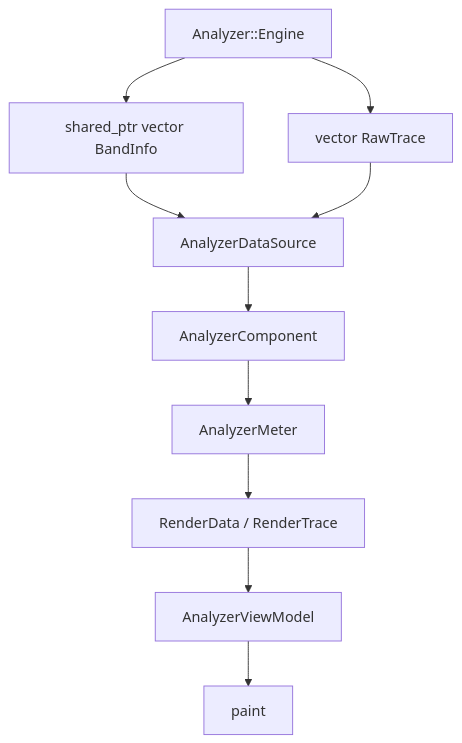
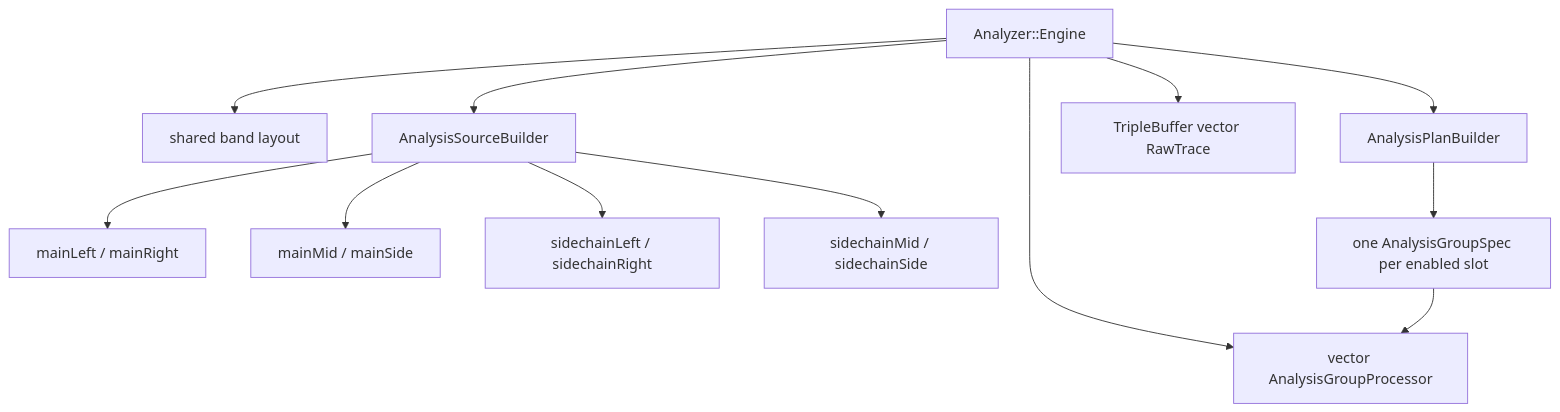
Before and after one commit to Silenterc/Band-Spectrum-Analyzer: the third of 8 diagrams in docs/audio-processing-architecture.md, drawn with Mermaid. The commit also changed other lines of this file and 49 other files, not shown here.

````diff
--- a/docs/audio-processing-architecture.md
+++ b/docs/audio-processing-architecture.md
@@ -48,14 +42,16 @@
 ```mermaid
 flowchart TD
-    Engine[Analyzer::Engine] --> BandInfo[shared_ptr vector BandInfo]
-    Engine --> RawTraces[vector RawTrace]
+    Engine[Analyzer::Engine] --> Bands[shared band layout]
+    Engine --> SourceBuilder[AnalysisSourceBuilder]
+    Engine --> PlanBuilder[AnalysisPlanBuilder]
+    Engine --> Processors[vector AnalysisGroupProcessor]
+    Engine --> Published[TripleBuffer vector RawTrace]
 
-    BandInfo --> DataSource[AnalyzerDataSource]
-    RawTraces --> DataSource
+    SourceBuilder --> MainViews[mainLeft / mainRight]
+    SourceBuilder --> MainDerived[mainMid / mainSide]
+    SourceBuilder --> SideViews[sidechainLeft / sidechainRight]
+    SourceBuilder --> SideDerived[sidechainMid / sidechainSide]
 
-    DataSource --> AnalyzerComponent
-    AnalyzerComponent --> AnalyzerMeter
-    AnalyzerMeter --> RenderData[RenderData / RenderTrace]
-    RenderData --> AnalyzerViewModel
-    AnalyzerViewModel --> Paint[paint]
+    PlanBuilder --> Specs[one AnalysisGroupSpec per enabled slot]
+    Specs --> Processors
 ```
````
